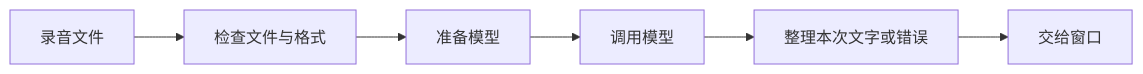
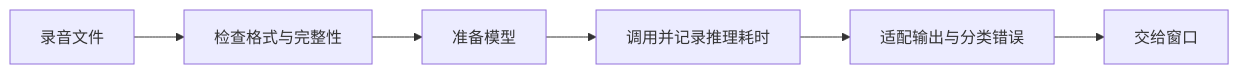
Before and after one commit to dreamcather726/ai-interaction-ui: the first of 2 diagrams in docs/知识点/第二周/AI 端侧工程师｜第二周专业知识自学清单.md, drawn with Mermaid. The commit also changed other lines of this file and 3 other files, not shown here.

````diff
--- a/docs/知识点/第二周/AI 端侧工程师｜第二周专业知识自学清单.md
+++ b/docs/知识点/第二周/AI 端侧工程师｜第二周专业知识自学清单.md
@@ -9,8 +9,8 @@
 ```mermaid
 flowchart LR
-    A[录音文件] --> B[检查文件与格式]
+    A[录音文件] --> B[检查格式与完整性]
     B --> C[准备模型]
-    C --> D[调用模型]
-    D --> E[整理本次文字或错误]
+    C --> D[调用并记录推理耗时]
+    D --> E[适配输出与分类错误]
     E --> F[交给窗口]
 ```
````
